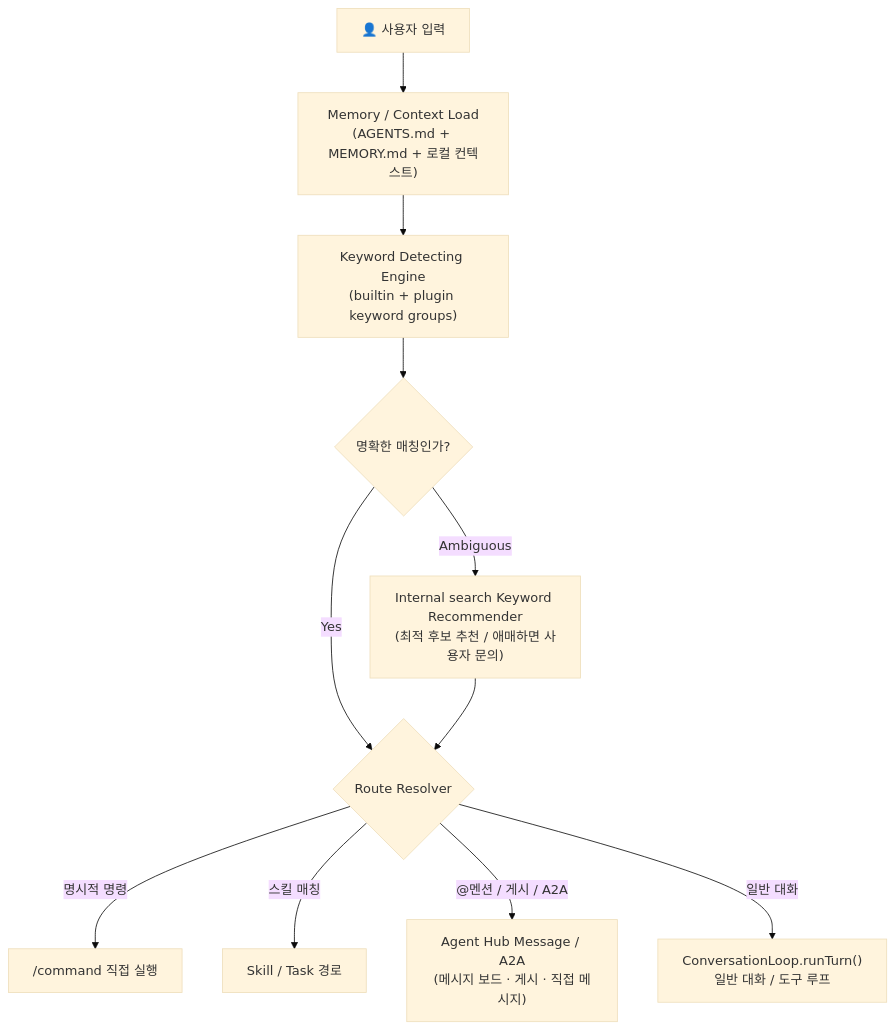
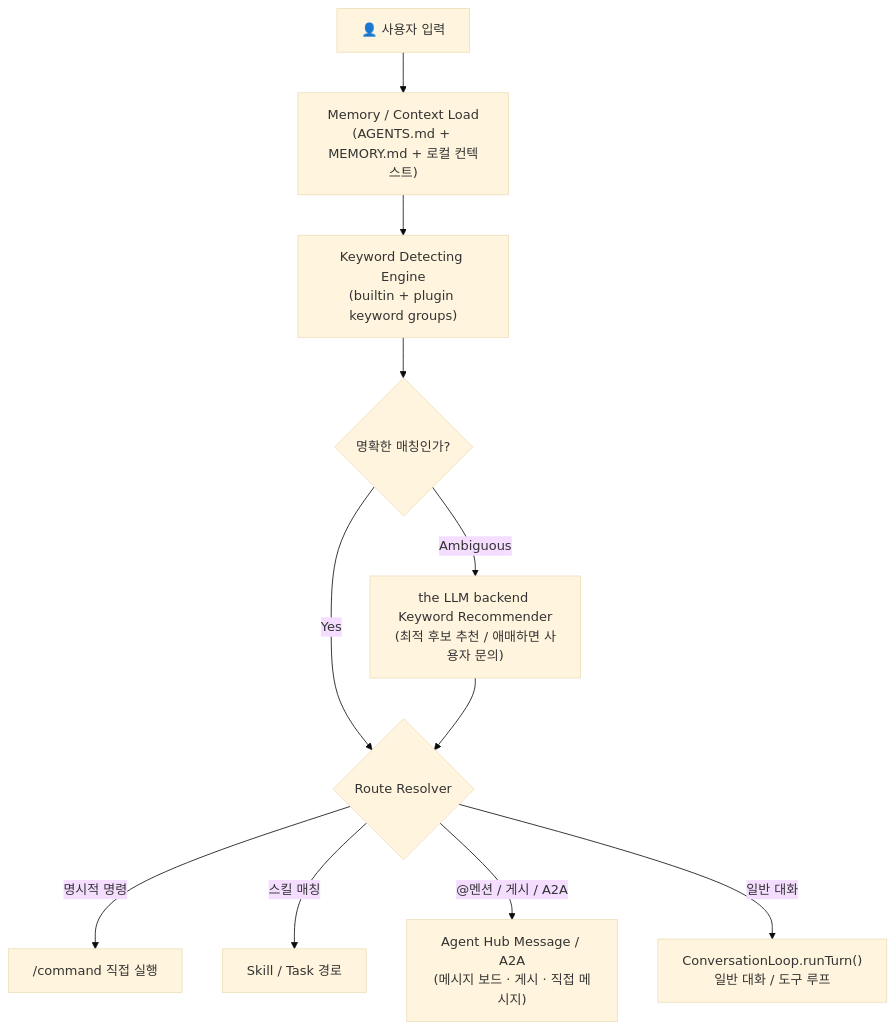
Before and after one commit to lvis-project/lvis-app: the seventh of 44 diagrams in docs/architecture/architecture.md, drawn with Mermaid (base theme). The commit also changed other lines of this file and 76 other files, not shown here.

````diff
--- a/docs/architecture/architecture.md
+++ b/docs/architecture/architecture.md
@@ -435,22 +435,22 @@
 ```mermaid
 flowchart TB
     INPUT["👤 사용자 입력"]
     MEMORY["Memory / Context Load<br/>(AGENTS.md + MEMORY.md + 로컬 컨텍스트)"]
     DETECT["Keyword Detecting Engine<br/>(builtin + plugin keyword groups)"]
     DISAMBIG{"명확한 매칭인가?"}
-    RECOMMEND["Internal search Keyword Recommender<br/>(최적 후보 추천 / 애매하면 사용자 문의)"]
+    RECOMMEND["the LLM backend Keyword Recommender<br/>(최적 후보 추천 / 애매하면 사용자 문의)"]
     ROUTE{"Route Resolver"}
 
     COMMAND["/command 직접 실행"]
     SKILL["Skill / Task 경로"]
     AGENT["Agent Hub Message / A2A<br/>(메시지 보드 · 게시 · 직접 메시지)"]
     CHAT["ConversationLoop.runTurn()<br/>일반 대화 / 도구 루프"]
 
     INPUT --> MEMORY --> DETECT --> DISAMBIG
     DISAMBIG -->|"Yes"| ROUTE
     DISAMBIG -->|"Ambiguous"| RECOMMEND --> ROUTE
     ROUTE -->|"명시적 명령"| COMMAND
     ROUTE -->|"스킬 매칭"| SKILL
     ROUTE -->|"@멘션 / 게시 / A2A"| AGENT
     ROUTE -->|"일반 대화"| CHAT
 ```
````
